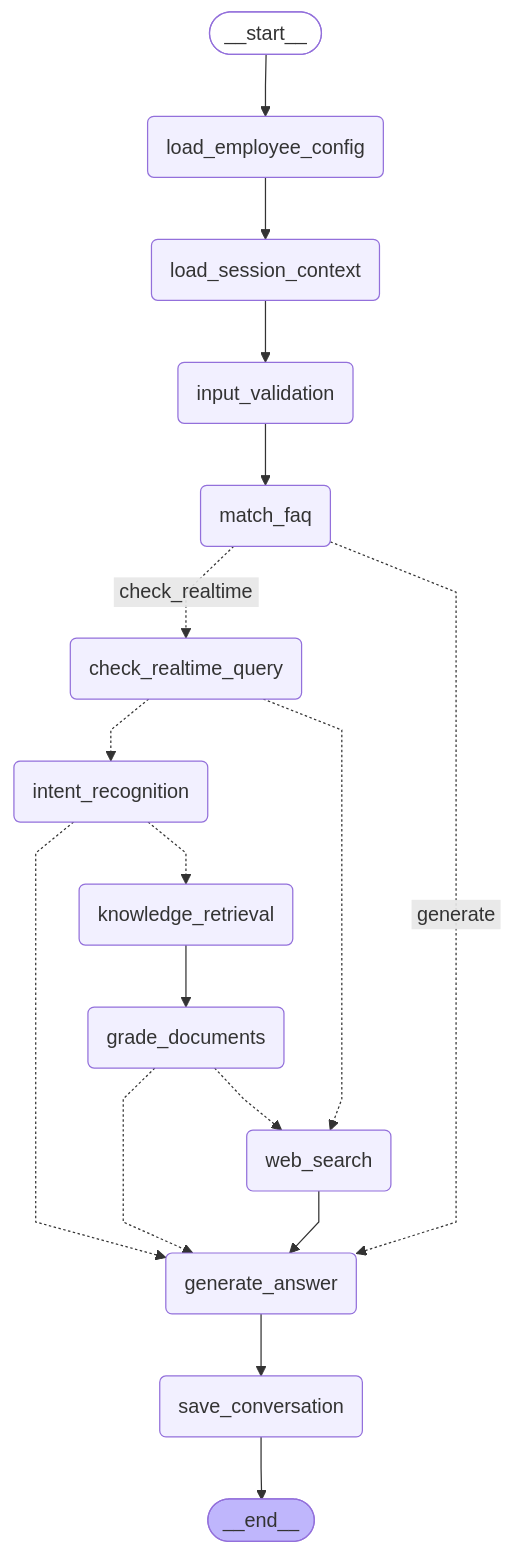
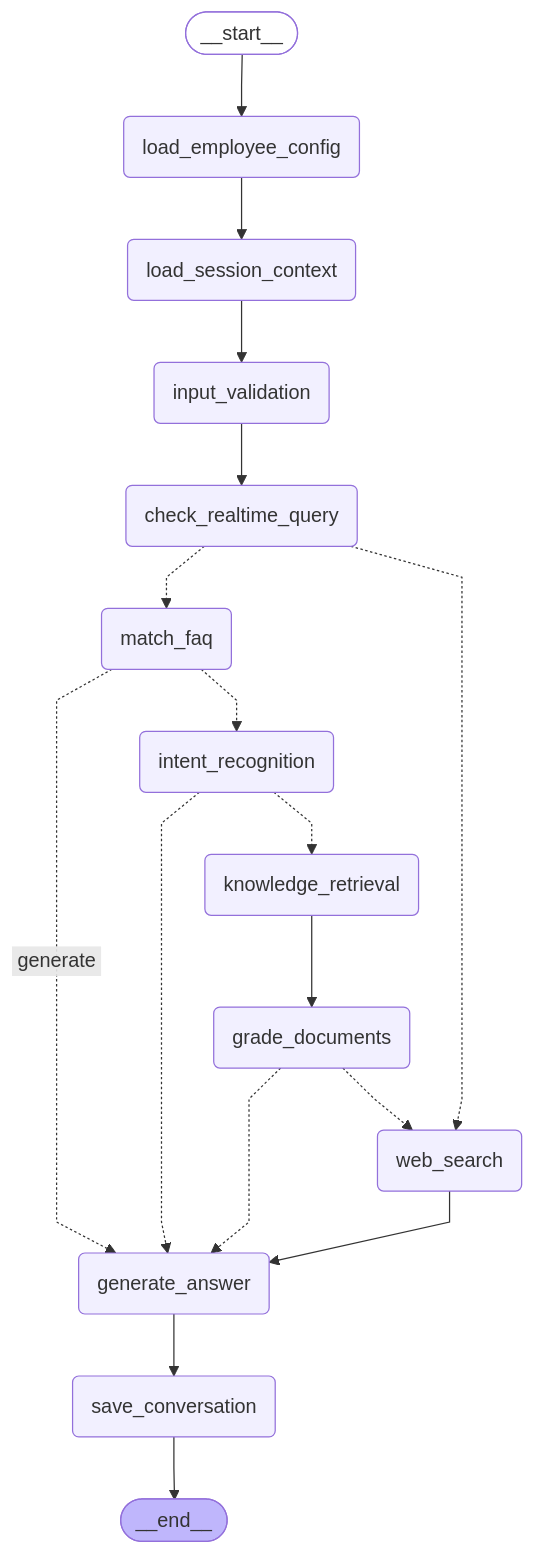
Before and after one commit to perfectbullet/ZengKingMorphe: the diagram in ai-service/graph_debug/crag_graph.mmd, drawn with Mermaid. The commit also changed 4 other files, not shown here.

```diff
--- a/ai-service/graph_debug/crag_graph.mmd
+++ b/ai-service/graph_debug/crag_graph.mmd
@@ -1,38 +1,38 @@
 ---
 config:
   flowchart:
     curve: linear
 ---
 graph TD;
 	__start__([<p>__start__</p>]):::first
 	load_employee_config(load_employee_config)
 	load_session_context(load_session_context)
 	input_validation(input_validation)
 	match_faq(match_faq)
 	check_realtime_query(check_realtime_query)
 	intent_recognition(intent_recognition)
 	knowledge_retrieval(knowledge_retrieval)
 	grade_documents(grade_documents)
 	web_search(web_search)
 	generate_answer(generate_answer)
 	save_conversation(save_conversation)
 	__end__([<p>__end__</p>]):::last
 	__start__ --> load_employee_config;
-	check_realtime_query -.-> intent_recognition;
+	check_realtime_query -.-> match_faq;
 	check_realtime_query -.-> web_search;
 	generate_answer --> save_conversation;
 	grade_documents -.-> generate_answer;
 	grade_documents -.-> web_search;
-	input_validation --> match_faq;
+	input_validation --> check_realtime_query;
 	intent_recognition -.-> generate_answer;
 	intent_recognition -.-> knowledge_retrieval;
 	knowledge_retrieval --> grade_documents;
 	load_employee_config --> load_session_context;
 	load_session_context --> input_validation;
-	match_faq -. &nbsp;check_realtime&nbsp; .-> check_realtime_query;
 	match_faq -. &nbsp;generate&nbsp; .-> generate_answer;
+	match_faq -.-> intent_recognition;
 	web_search --> generate_answer;
 	save_conversation --> __end__;
 	classDef default fill:#f2f0ff,line-height:1.2
 	classDef first fill-opacity:0
 	classDef last fill:#bfb6fc
```
